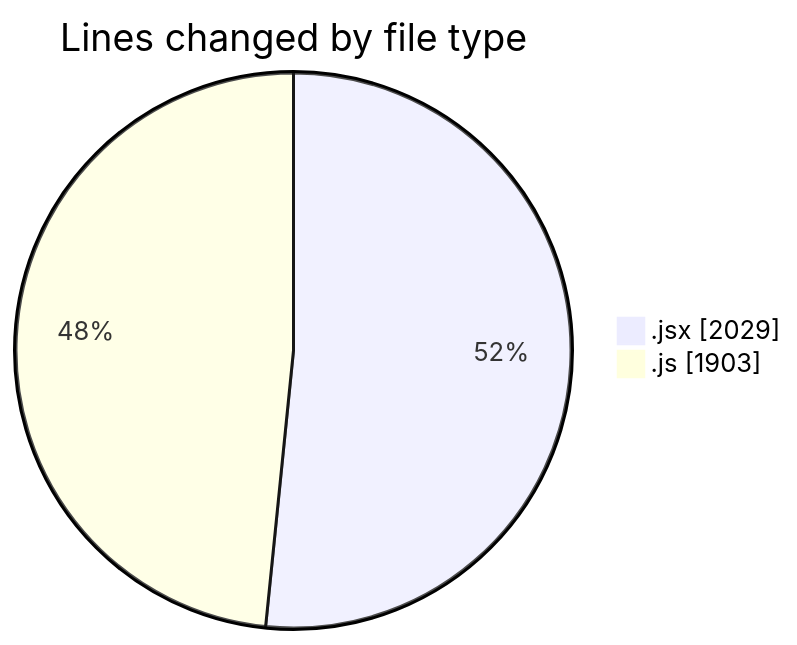
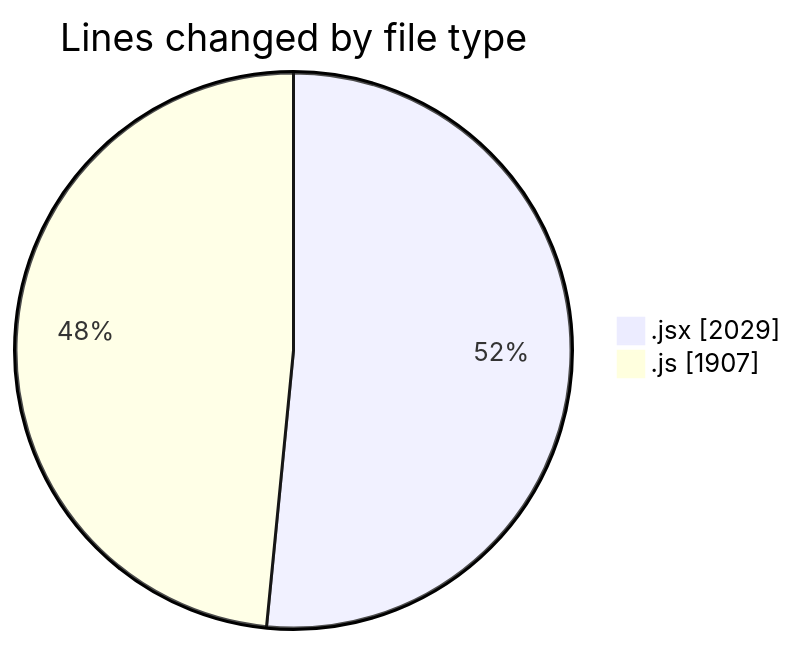
The first of 2 diagrams in 2025-09-21/nxtqube_webapp/README.md (nxtqubesakshisongat/code-tracking), drawn with Mermaid before and after one commit. The commit also changed other lines of this file and 1 other file, not shown here.

````diff
--- a/2025-09-21/nxtqube_webapp/README.md
+++ b/2025-09-21/nxtqube_webapp/README.md
@@ -23,6 +23,6 @@
 ```mermaid
 pie showData
 title Lines changed by file type
 ".jsx" : 2029
-".js" : 1903
+".js" : 1907
 ```
````
